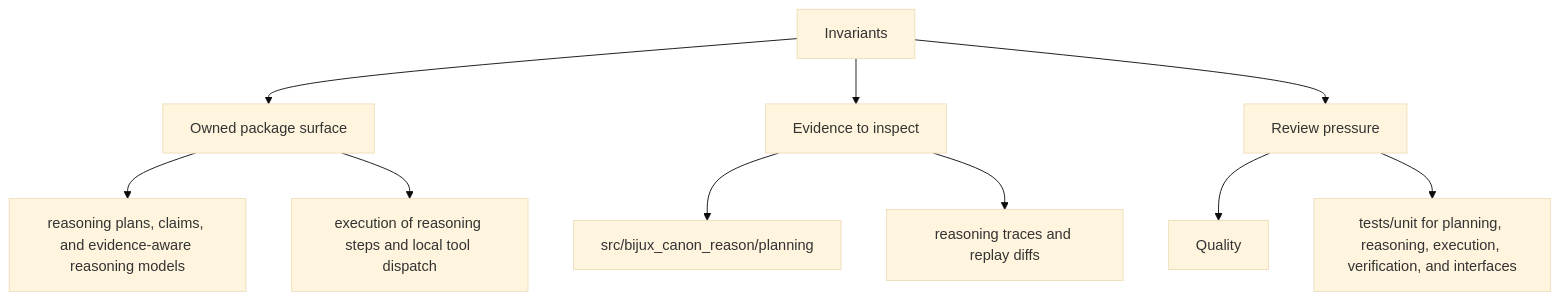
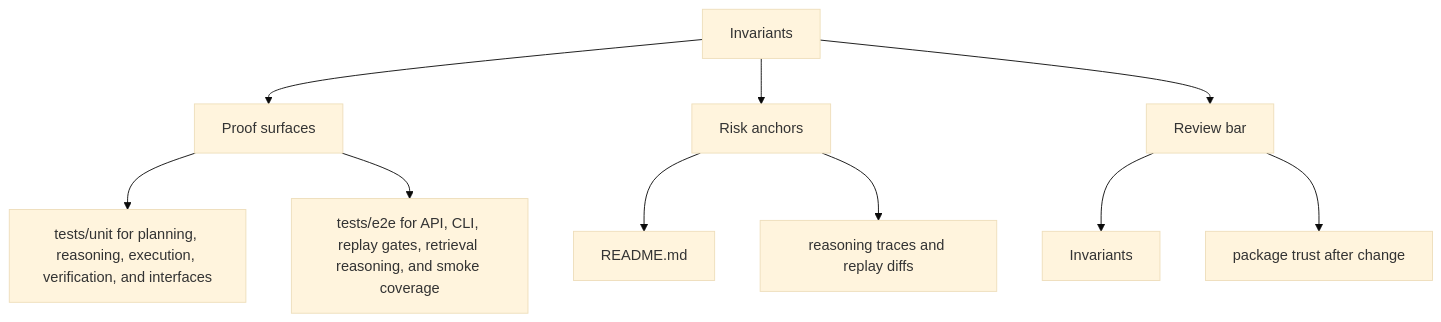
Before and after one commit to bijux/bijux-canon: the second of 2 diagrams in docs/bijux-canon-reason/quality/invariants.md, drawn with Mermaid (base theme). The commit also changed other lines of this file and 250 other files, not shown here.

Commit message:
docs(diagrams): make product page maps more readable

````diff
--- a/docs/bijux-canon-reason/quality/invariants.md
+++ b/docs/bijux-canon-reason/quality/invariants.md
@@ -34,22 +34,22 @@
 ```mermaid
 flowchart TD
     page["Invariants"]
-    focus1["Owned package surface"]
+    focus1["Proof surfaces"]
     page --> focus1
-    focus1_1["reasoning plans, claims, and evidence-aware reasoning models"]
+    focus1_1["tests/unit for planning, reasoning, execution, verification, and interfaces"]
     focus1 --> focus1_1
-    focus1_2["execution of reasoning steps and local tool dispatch"]
+    focus1_2["tests/e2e for API, CLI, replay gates, retrieval reasoning, and smoke coverage"]
     focus1 --> focus1_2
-    focus2["Evidence to inspect"]
+    focus2["Risk anchors"]
     page --> focus2
-    focus2_1["src/bijux_canon_reason/planning"]
+    focus2_1["README.md"]
     focus2 --> focus2_1
     focus2_2["reasoning traces and replay diffs"]
     focus2 --> focus2_2
-    focus3["Review pressure"]
+    focus3["Review bar"]
     page --> focus3
-    focus3_1["Quality"]
+    focus3_1["Invariants"]
     focus3 --> focus3_1
-    focus3_2["tests/unit for planning, reasoning, execution, verification, and interfaces"]
+    focus3_2["package trust after change"]
     focus3 --> focus3_2
 ```
````
